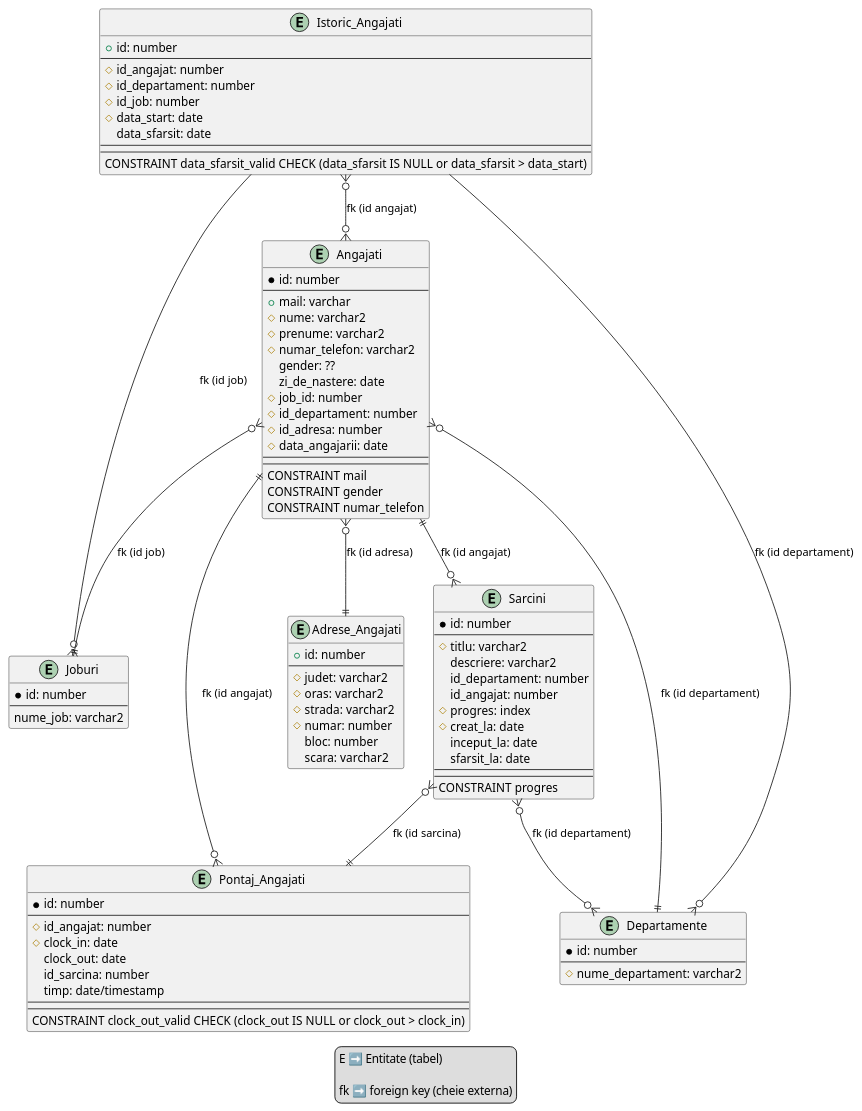
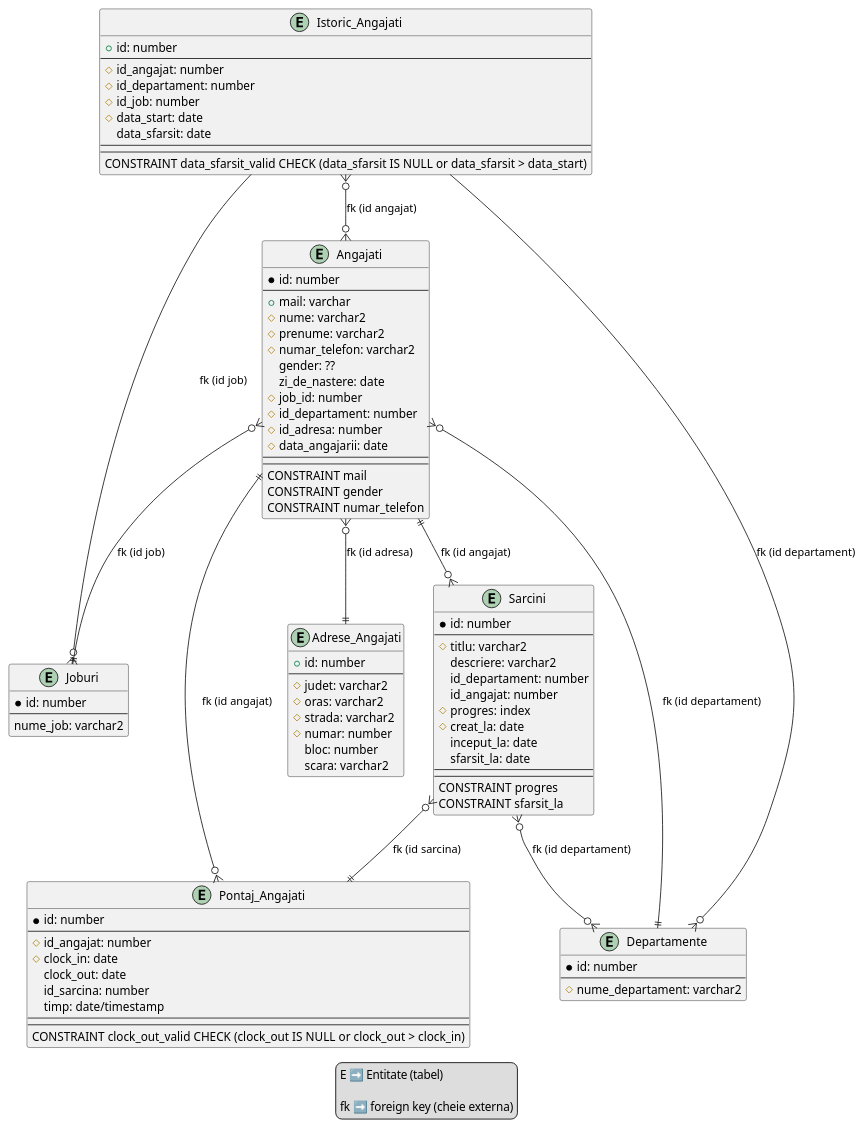
One commit to BalteiVasile/db-auto-service-project changed the diagram in diagrams/diagram.puml. Above: the diagram before and after it, drawn with PlantUML. The commit also changed 2 other files, not shown here.

```diff
--- a/diagrams/diagram.puml
+++ b/diagrams/diagram.puml
@@ -1,112 +1,113 @@
 @startuml service_auto
 
 entity Angajati
 {
   *id: number
   --
   +mail: varchar
   #nume: varchar2
   #prenume: varchar2
   #numar_telefon: varchar2
   gender: ??
   zi_de_nastere: date
   #job_id: number
   #id_departament: number
   #id_adresa: number
   #data_angajarii: date
   --
   --
   CONSTRAINT mail
   CONSTRAINT gender
   CONSTRAINT numar_telefon
 }
 
 entity Joburi
 {
   *id: number
   --
   nume_job: varchar2
 }
 
 entity Departamente
 {
   *id: number
   --
   #nume_departament: varchar2
 }
 
 entity Sarcini
 {
   *id: number
   --
   #titlu: varchar2
   descriere: varchar2
   id_departament: number
   id_angajat: number
   #progres: index
   #creat_la: date
   inceput_la: date
   sfarsit_la: date
   --
   --
   CONSTRAINT progres
+  CONSTRAINT sfarsit_la
 }
 
 entity Pontaj_Angajati
 {
   *id: number
   --
   #id_angajat: number
   #clock_in: date
   clock_out: date
   id_sarcina: number
   timp: date/timestamp
   --
   --
   CONSTRAINT clock_out_valid CHECK (clock_out IS NULL or clock_out > clock_in)
 }
 
 entity Adrese_Angajati
 {
   +id: number
   --
   #judet: varchar2
   #oras: varchar2
   #strada: varchar2
   #numar: number
   bloc: number
   scara: varchar2
 }
 
 entity Istoric_Angajati
 {
   +id: number
   --
   #id_angajat: number
   #id_departament: number
   #id_job: number
   #data_start: date
   data_sfarsit: date
   --
   --
   CONSTRAINT data_sfarsit_valid CHECK (data_sfarsit IS NULL or data_sfarsit > data_start)
 }
 
 Angajati }o--|| Joburi: "fk (id job)"
 Angajati }o--|| Adrese_Angajati: "fk (id adresa)"
 Angajati }o--|| Departamente: "fk (id departament)"
 Angajati ||--o{ Pontaj_Angajati: "fk (id angajat)"
 Angajati ||--o{ Sarcini: "fk (id angajat)"
 Sarcini  }o--o{ Departamente: "fk (id departament)"
 Sarcini  }o--|| Pontaj_Angajati: "fk (id sarcina)"
 Istoric_Angajati --o{ Joburi: "fk (id job)"
 Istoric_Angajati --o{ Departamente: "fk (id departament)"
 Istoric_Angajati }o--o{ Angajati: "fk (id angajat)"
 
 legend
   E ➡️ Entitate (tabel)
 
   fk ➡️ foreign key (cheie externa)
 endlegend
 
 @enduml
```
